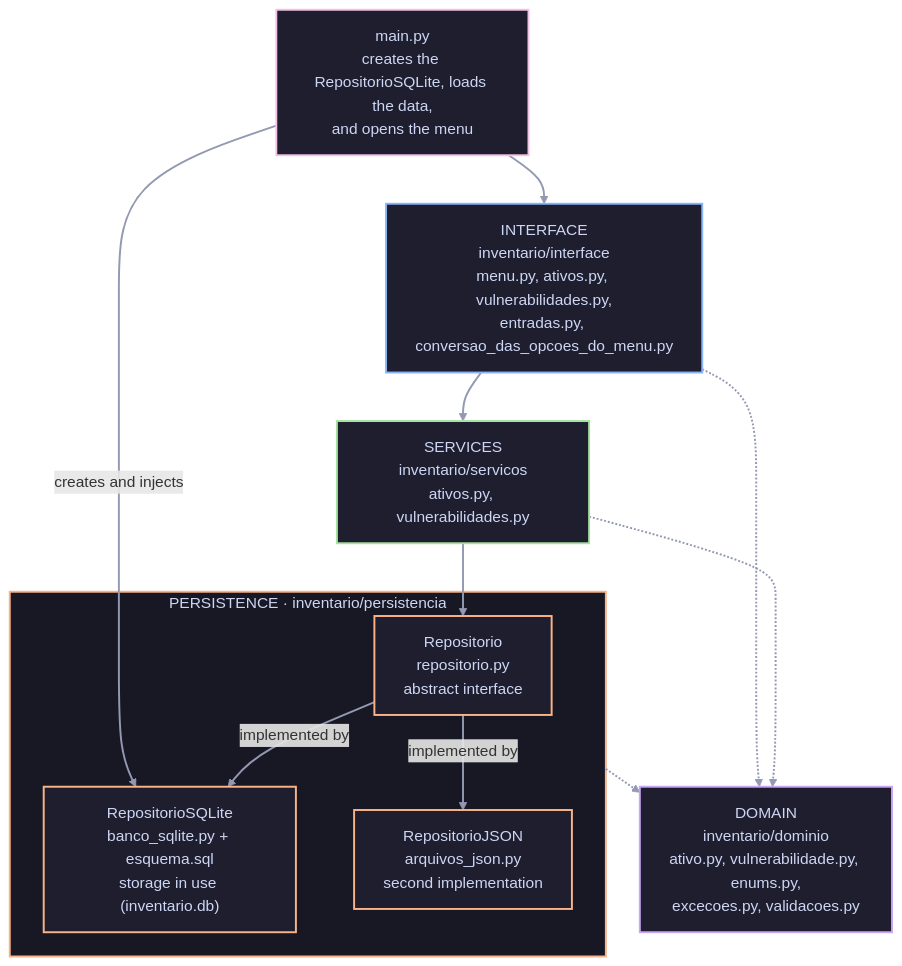
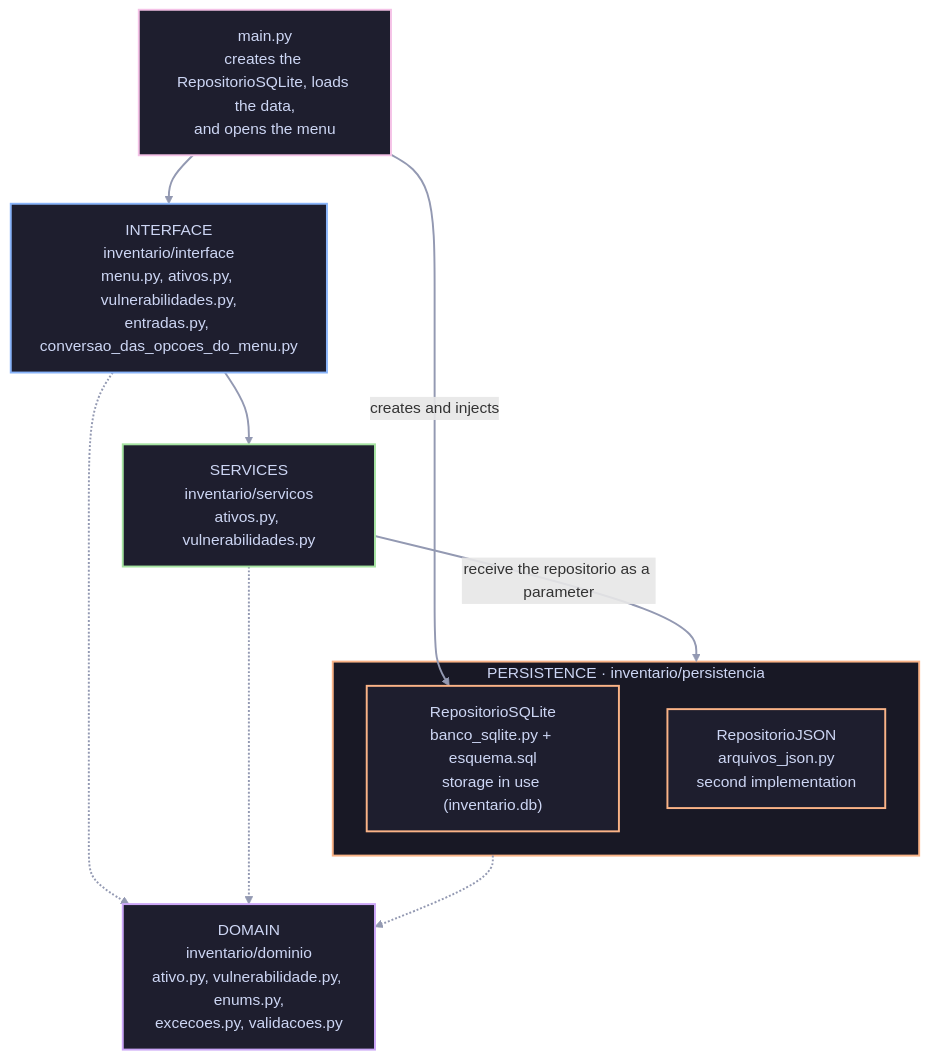
The diagram in README.md (cadulugaresi/trab02_2026_2_12621cbs211), drawn with Mermaid before and after one commit. The commit also changed other lines of this file and 3 other files, not shown here.

````diff
--- a/README.md
+++ b/README.md
@@ -58,37 +58,34 @@
 ```mermaid
 flowchart TD
     main["main.py<br/>creates the RepositorioSQLite, loads the data,<br/>and opens the menu"]
     interface["INTERFACE<br/>inventario/interface<br/>menu.py, ativos.py, vulnerabilidades.py,<br/>entradas.py, conversao_das_opcoes_do_menu.py"]
     servicos["SERVICES<br/>inventario/servicos<br/>ativos.py, vulnerabilidades.py"]
     subgraph persistencia["PERSISTENCE · inventario/persistencia"]
-        repositorio["Repositorio<br/>repositorio.py<br/>abstract interface"]
         repositorioSQLite["RepositorioSQLite<br/>banco_sqlite.py + esquema.sql<br/>storage in use (inventario.db)"]
         repositorioJSON["RepositorioJSON<br/>arquivos_json.py<br/>second implementation"]
     end
     dominio["DOMAIN<br/>inventario/dominio<br/>ativo.py, vulnerabilidade.py, enums.py,<br/>excecoes.py, validacoes.py"]
 
     main --> interface
     main -->|creates and injects| repositorioSQLite
     interface --> servicos
-    servicos --> repositorio
-    repositorio -->|implemented by| repositorioSQLite
-    repositorio -->|implemented by| repositorioJSON
+    servicos -->|receive the repositorio as a parameter| persistencia
     interface -.-> dominio
     servicos -.-> dominio
     persistencia -.-> dominio
 
     classDef corMain fill:#1e1e2e,stroke:#f5c2e7,stroke-width:2px,color:#cdd6f4
     classDef corInterface fill:#1e1e2e,stroke:#89b4fa,stroke-width:2px,color:#cdd6f4
     classDef corServicos fill:#1e1e2e,stroke:#a6e3a1,stroke-width:2px,color:#cdd6f4
     classDef corPersistencia fill:#1e1e2e,stroke:#fab387,stroke-width:2px,color:#cdd6f4
     classDef corDominio fill:#1e1e2e,stroke:#cba6f7,stroke-width:2px,color:#cdd6f4
 
     class main corMain
     class interface corInterface
     class servicos corServicos
-    class repositorio,repositorioSQLite,repositorioJSON corPersistencia
+    class repositorioSQLite,repositorioJSON corPersistencia
     class dominio corDominio
     style persistencia fill:#181825,stroke:#fab387,stroke-width:2px,color:#cdd6f4
 
     linkStyle default stroke:#9399b2,stroke-width:2px
 ```
````
